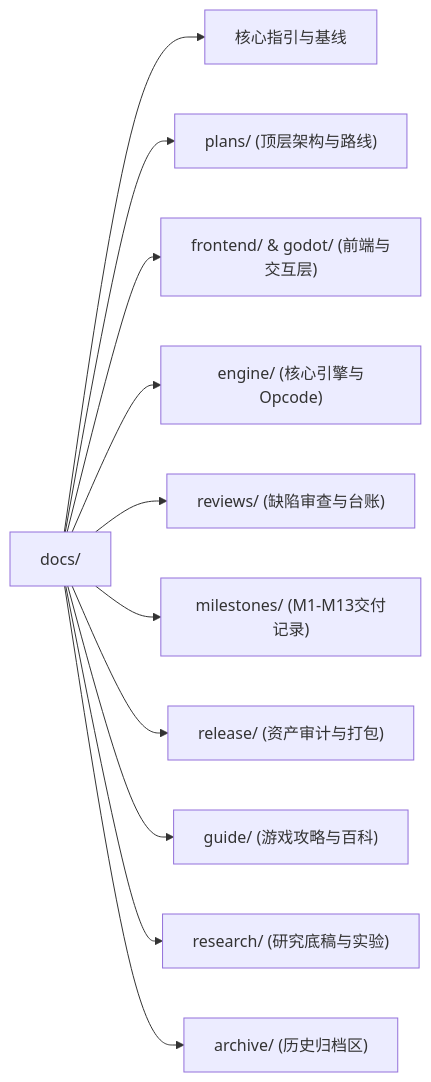
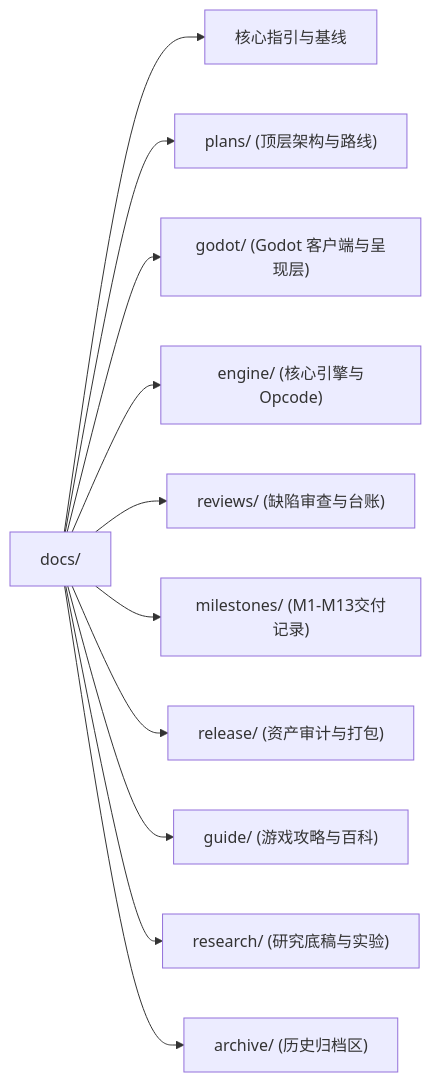
One commit to Nana7mi0721/Living-With-SIster-Monochrome-Fantasy changed the diagram in docs/README.md. Above: the diagram before and after it, drawn with Mermaid. The commit also changed other lines of this file and 14 other files, not shown here.

````diff
--- a/docs/README.md
+++ b/docs/README.md
@@ -5,13 +5,13 @@
 ```mermaid
 graph LR
     Root["docs/"] --> Core["核心指引与基线"]
     Root --> Plans["plans/ (顶层架构与路线)"]
-    Root --> Frontend["frontend/ & godot/ (前端与交互层)"]
+    Root --> Godot["godot/ (Godot 客户端与呈现层)"]
     Root --> Engine["engine/ (核心引擎与Opcode)"]
     Root --> Reviews["reviews/ (缺陷审查与台账)"]
     Root --> Milestones["milestones/ (M1-M13交付记录)"]
     Root --> Release["release/ (资产审计与打包)"]
     Root --> Guide["guide/ (游戏攻略与百科)"]
     Root --> Research["research/ (研究底稿与实验)"]
     Root --> Archive["archive/ (历史归档区)"]
 ```
````
